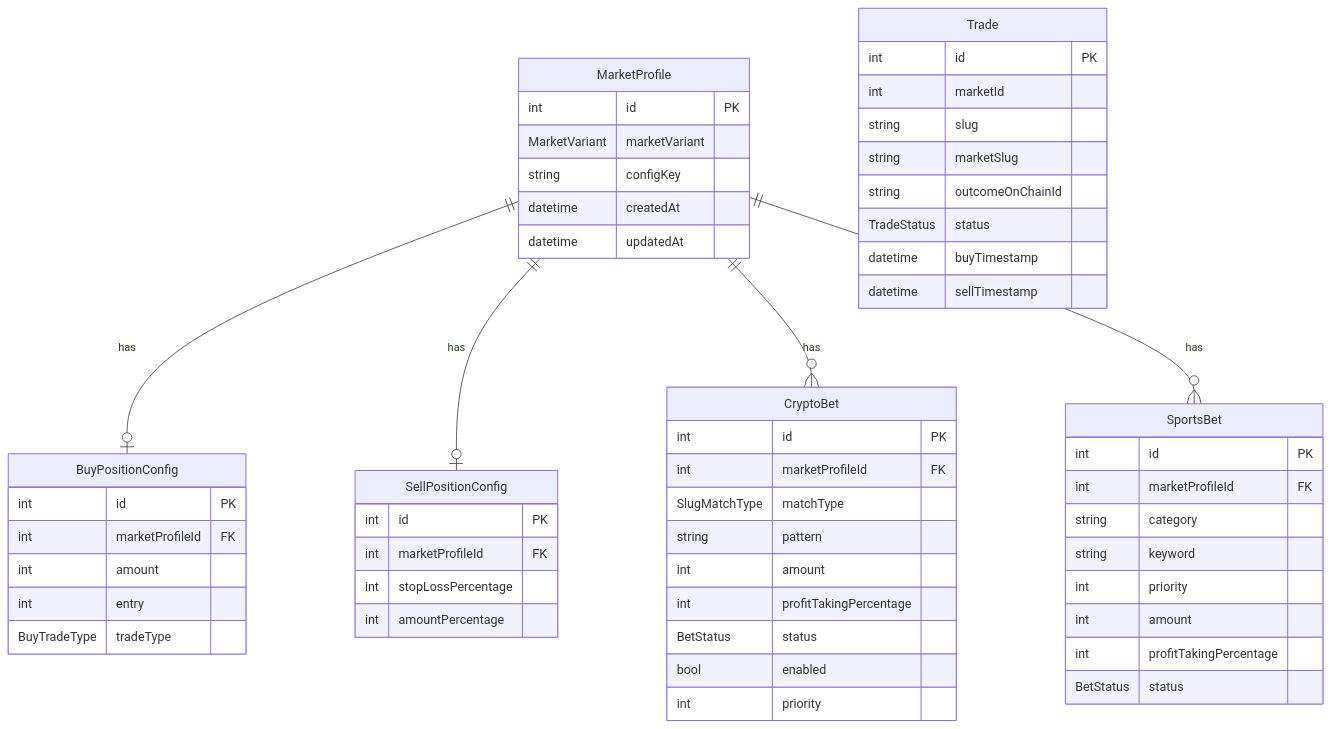
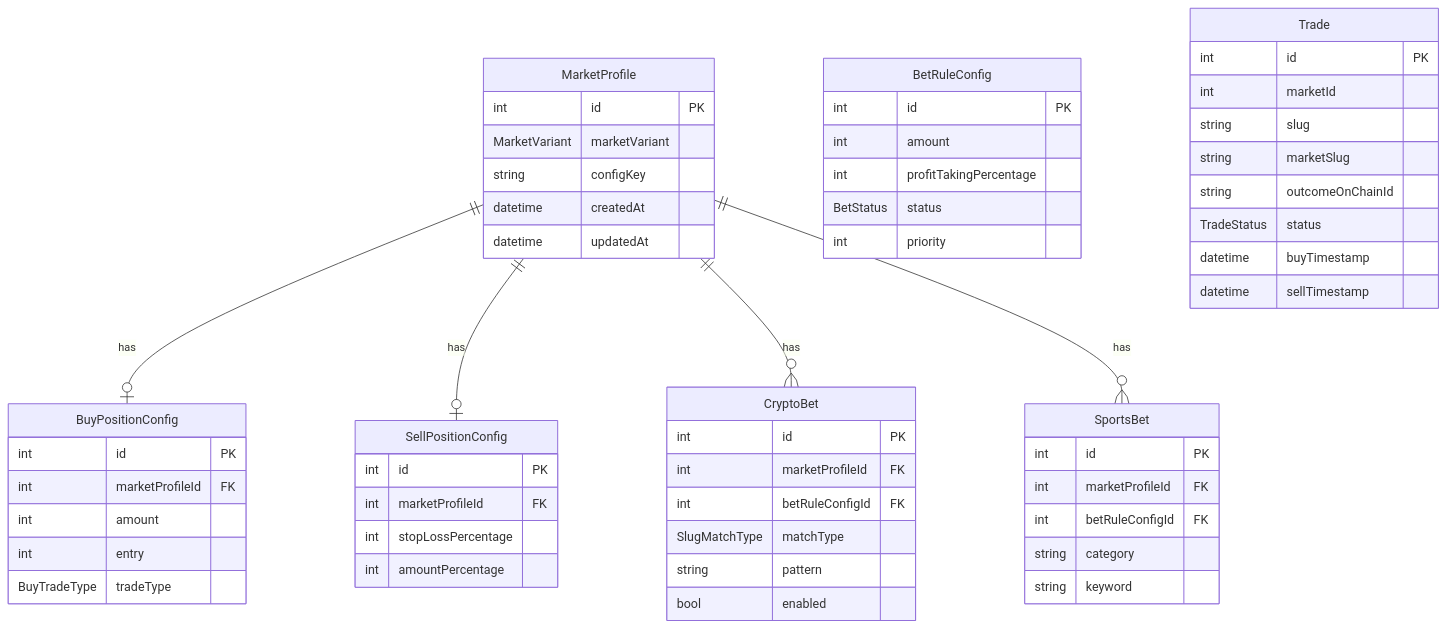
The first of 2 diagrams in docs/model-relationships.md (blckfsh/prediction-market-trading-bot), drawn with Mermaid before and after one commit. The commit also changed other lines of this file and 10 other files, not shown here.

Commit message:
feat: create BetRule model to normalized redundant fields in SportsBet and CryptoBet

````diff
--- a/docs/model-relationships.md
+++ b/docs/model-relationships.md
@@ -27,64 +29,66 @@
 ```mermaid
 erDiagram
     MarketProfile ||--o| BuyPositionConfig : has
     MarketProfile ||--o| SellPositionConfig : has
     MarketProfile ||--o{ CryptoBet : has
     MarketProfile ||--o{ SportsBet : has
 
     MarketProfile {
       int id PK
       MarketVariant marketVariant
       string configKey
       datetime createdAt
       datetime updatedAt
     }
 
     BuyPositionConfig {
       int id PK
       int marketProfileId FK
       int amount
       int entry
       BuyTradeType tradeType
     }
 
     SellPositionConfig {
       int id PK
       int marketProfileId FK
       int stopLossPercentage
       int amountPercentage
     }
 
     CryptoBet {
       int id PK
       int marketProfileId FK
+      int betRuleConfigId FK
       SlugMatchType matchType
       string pattern
-      int amount
-      int profitTakingPercentage
-      BetStatus status
       bool enabled
-      int priority
     }
 
     SportsBet {
       int id PK
       int marketProfileId FK
+      int betRuleConfigId FK
       string category
       string keyword
-      int priority
+    }
+
+    BetRuleConfig {
+      int id PK
       int amount
       int profitTakingPercentage
       BetStatus status
+      int priority
     }
 
     Trade {
       int id PK
       int marketId
       string slug
       string marketSlug
       string outcomeOnChainId
       TradeStatus status
       datetime buyTimestamp
       datetime sellTimestamp
     }
 ```
````
